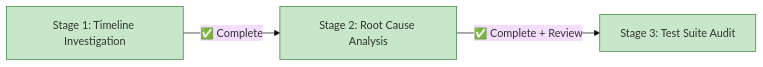
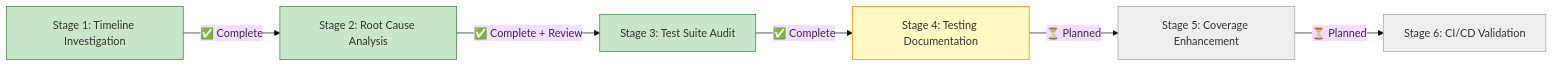
The diagram in docs/proposals/26-fix-failing-bats-unit-tests/progress.md (info-tech-io/hugo-templates), drawn with Mermaid (base theme) before and after one commit. The commit also changed other lines of this file and 7 other files, not shown here.

First line of the commit message:
docs(issue-26): Add Stage 4-6 plans and progress tracking

````diff
--- a/docs/proposals/26-fix-failing-bats-unit-tests/progress.md
+++ b/docs/proposals/26-fix-failing-bats-unit-tests/progress.md
@@ -5,13 +5,22 @@
 ```mermaid
 graph LR
     A[Stage 1: Timeline Investigation] -->|✅ Complete| B[Stage 2: Root Cause Analysis]
     B -->|✅ Complete + Review| C[Stage 3: Test Suite Audit]
+    C -->|✅ Complete| D[Stage 4: Testing Documentation]
+    D -->|⏳ Planned| E[Stage 5: Coverage Enhancement]
+    E -->|⏳ Planned| F[Stage 6: CI/CD Validation]
 
     style A fill:#c8e6c9,stroke:#2e7d32
     style B fill:#c8e6c9,stroke:#2e7d32
     style C fill:#c8e6c9,stroke:#2e7d32
+    style D fill:#fff9c4,stroke:#f57c00
+    style E fill:#eeeeee,stroke:#9e9e9e
+    style F fill:#eeeeee,stroke:#9e9e9e
 
     click A "001-progress.md"
     click B "002-progress.md"
     click C "003-progress.md"
+    click D "004-progress.md"
+    click E "005-progress.md"
+    click F "006-progress.md"
 ```
````
